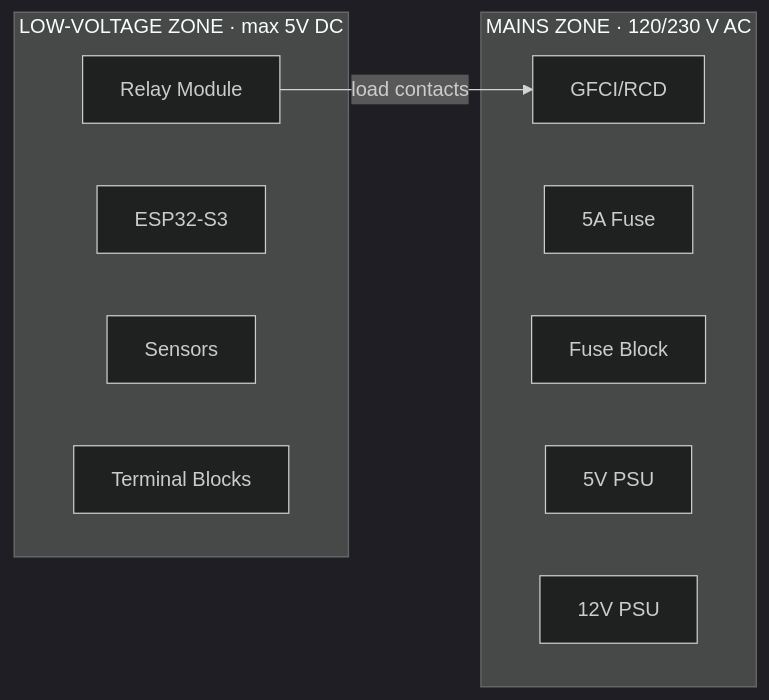
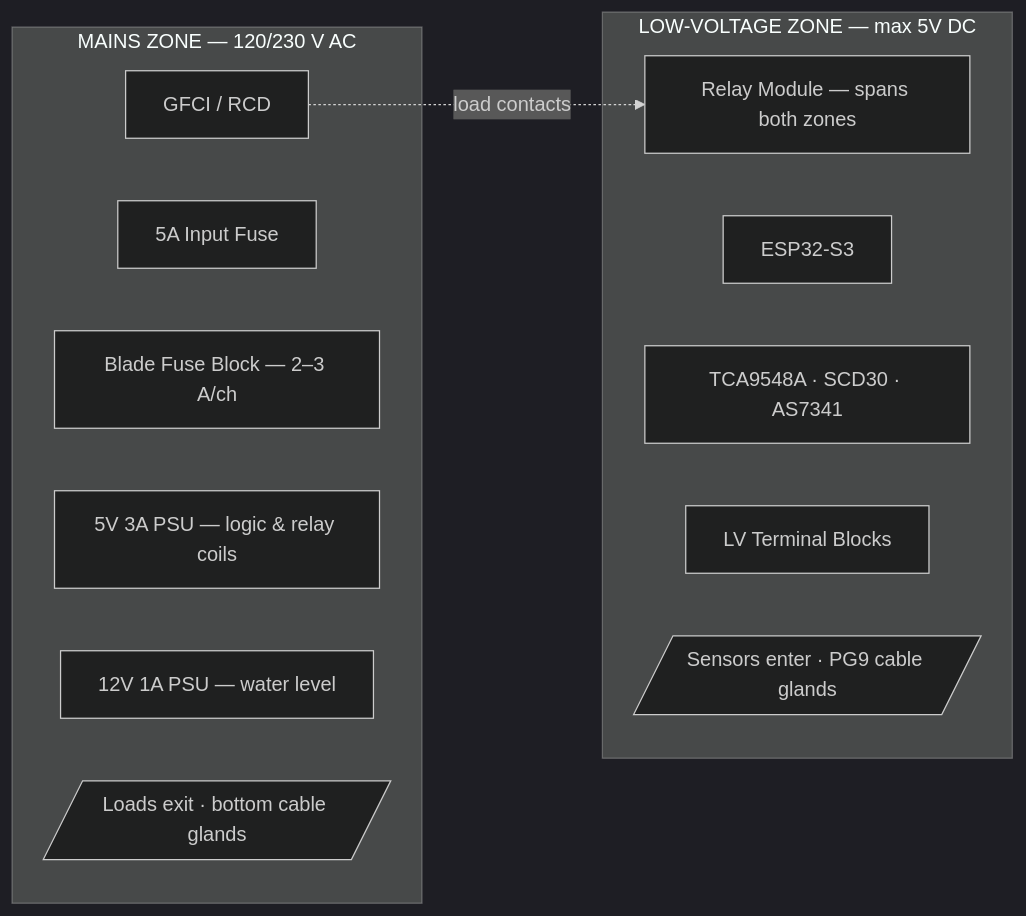
One commit to aes87/automated-martha-tek changed the first of 2 diagrams in controller-build-guide/chapters/02-enclosure-prep.md. Above: the diagram before and after it, drawn with Mermaid (dark theme).

Commit message:
ch02: fix enclosure diagram zone order, restore deleted content
- Reverse edge to G -.-> RL so Mermaid places MAINS (source) on the
  left and LV (target) on the right, matching the physical enclosure
- Restore all original node detail: PSU ratings, fuse ratings, sensor
  model numbers, cable gland in/out nodes
- Collapse multiline labels to single-line to prevent box overflow
- Use dashed edge (-..->) to reflect that the relay module physically
  straddles both zones rather than a clean one-way signal

````diff
--- a/controller-build-guide/chapters/02-enclosure-prep.md
+++ b/controller-build-guide/chapters/02-enclosure-prep.md
@@ -23,17 +23,19 @@
 ```mermaid
 graph LR
-  subgraph MAINS["MAINS ZONE · 120/230 V AC"]
-    G[GFCI/RCD]
-    FH[5A Fuse]
-    FB[Fuse Block]
-    P5[5V PSU]
-    P12[12V PSU]
+  subgraph MAINS["MAINS ZONE — 120/230 V AC"]
+    G["GFCI / RCD"]
+    FH["5A Input Fuse"]
+    FB["Blade Fuse Block — 2–3 A/ch"]
+    P5["5V 3A PSU — logic & relay coils"]
+    P12["12V 1A PSU — water level"]
+    LO[/"Loads exit · bottom cable glands"/]
   end
-  subgraph LV["LOW-VOLTAGE ZONE · max 5V DC"]
-    RL[Relay Module]
-    ESP[ESP32-S3]
-    SEN[Sensors]
-    TB[Terminal Blocks]
+  subgraph LV["LOW-VOLTAGE ZONE — max 5V DC"]
+    RL["Relay Module — spans both zones"]
+    ESP["ESP32-S3"]
+    SEN["TCA9548A · SCD30 · AS7341"]
+    TB["LV Terminal Blocks"]
+    SI[/"Sensors enter · PG9 cable glands"/]
   end
-  RL -->|"load contacts"| G
+  G -.->|"load contacts"| RL
 ```
````
